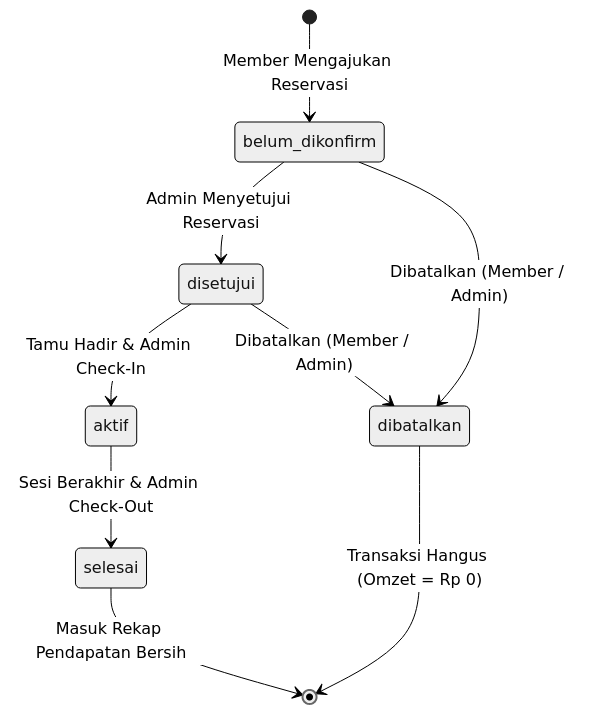
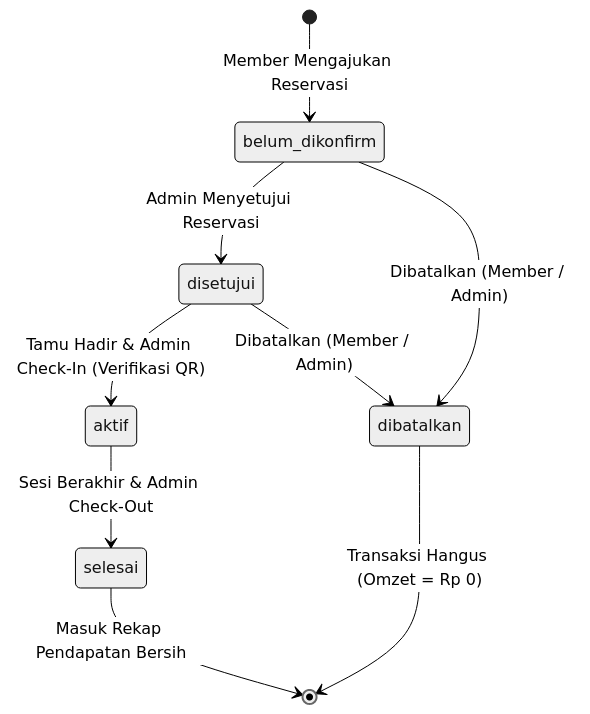
One commit to elzidanee/smart_space_booking changed the first of 2 diagrams in README.md. Above: the diagram before and after it, drawn with Mermaid (neutral theme). The commit also changed other lines of this file, not shown here.

````diff
--- a/README.md
+++ b/README.md
@@ -151,11 +155,11 @@
 ```mermaid
 stateDiagram-v2
     [*] --> belum_dikonfirm : Member Mengajukan Reservasi
     belum_dikonfirm --> disetujui : Admin Menyetujui Reservasi
     belum_dikonfirm --> dibatalkan : Dibatalkan (Member / Admin)
-    disetujui --> aktif : Tamu Hadir & Admin Check-In
+    disetujui --> aktif : Tamu Hadir & Admin Check-In (Verifikasi QR)
     disetujui --> dibatalkan : Dibatalkan (Member / Admin)
     aktif --> selesai : Sesi Berakhir & Admin Check-Out
     selesai --> [*] : Masuk Rekap Pendapatan Bersih
     dibatalkan --> [*] : Transaksi Hangus (Omzet = Rp 0)
 ```
````
